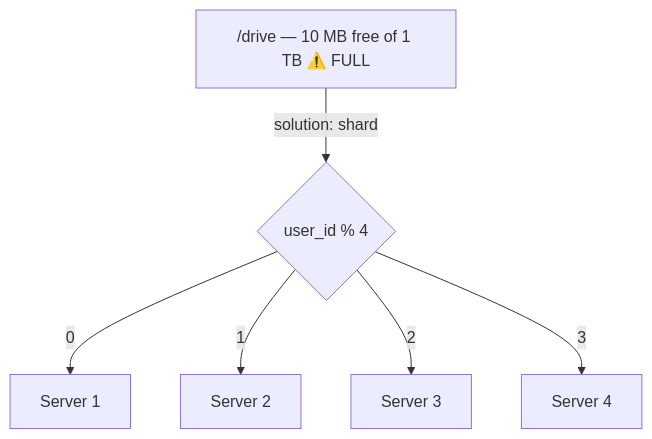
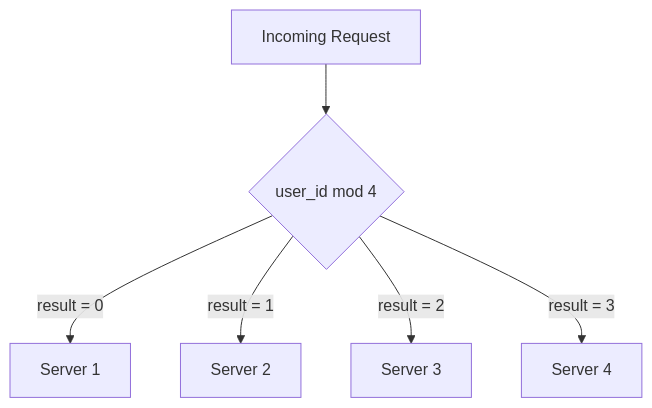
The third of 16 diagrams in google-drive-system-design.md (Arnavjain1703/HLD), drawn with Mermaid before and after one commit. The commit also changed other lines of this file, not shown here.

````diff
--- a/google-drive-system-design.md
+++ b/google-drive-system-design.md
@@ -138,15 +152,15 @@
 ```mermaid
 graph TD
-    disk["/drive — 10 MB free of 1 TB ⚠️ FULL"]
-    hash{"user_id % 4"}
-    s1[Server 1]
-    s2[Server 2]
-    s3[Server 3]
-    s4[Server 4]
+    req["Incoming Request"]
+    hash{"user_id mod 4"}
+    s1["Server 1"]
+    s2["Server 2"]
+    s3["Server 3"]
+    s4["Server 4"]
 
-    disk -->|"solution: shard"| hash
-    hash -->|"0"| s1
-    hash -->|"1"| s2
-    hash -->|"2"| s3
-    hash -->|"3"| s4
+    req --> hash
+    hash -->|"result = 0"| s1
+    hash -->|"result = 1"| s2
+    hash -->|"result = 2"| s3
+    hash -->|"result = 3"| s4
 ```
````
